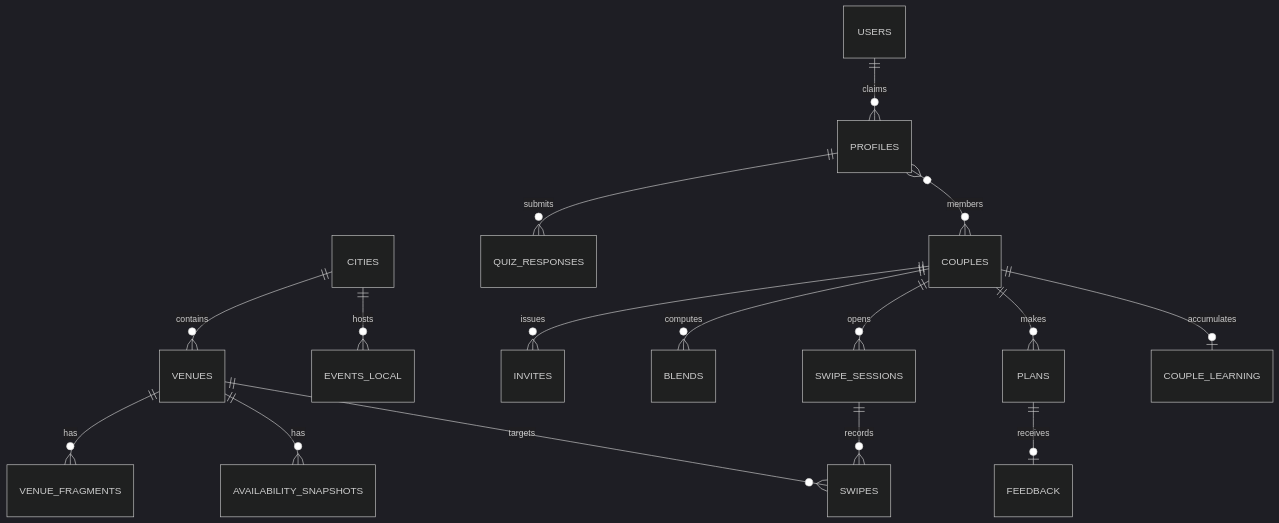
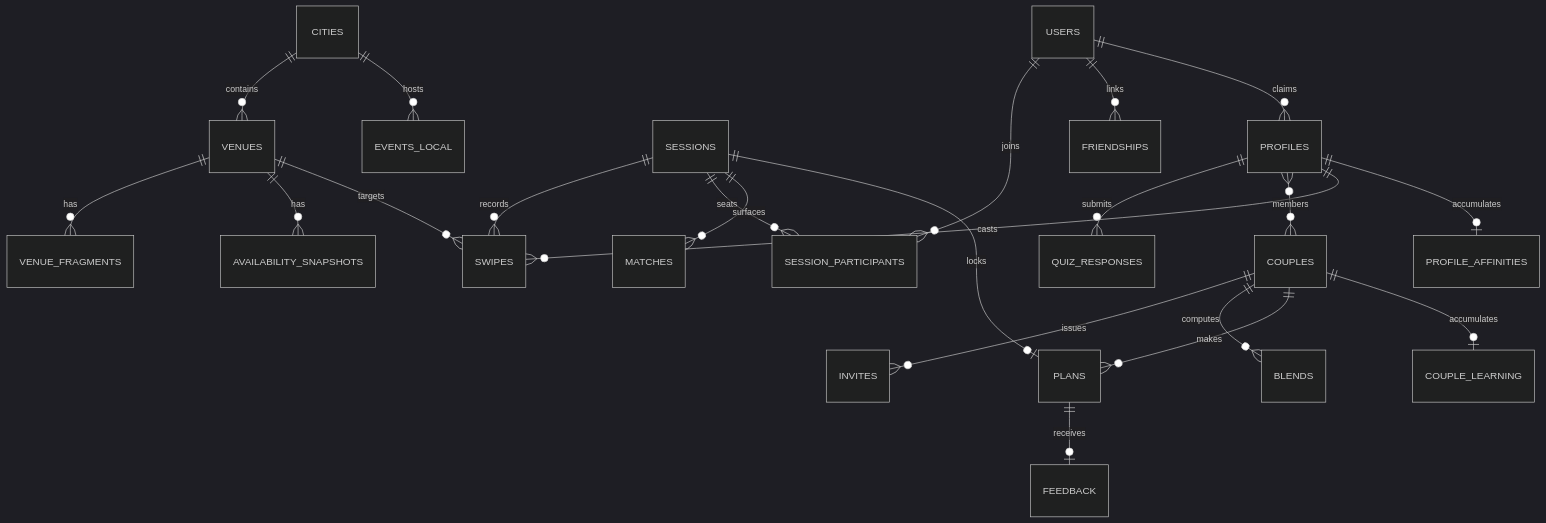
The second of 7 diagrams in docs/technical-design.md (jsimo20/where2eat), drawn with Mermaid (dark theme) before and after one commit. The commit also changed other lines of this file and 4 other files, not shown here.

````diff
--- a/docs/technical-design.md
+++ b/docs/technical-design.md
@@ -141,18 +150,24 @@
 ```mermaid
 erDiagram
     CITIES ||--o{ VENUES : contains
     VENUES ||--o{ VENUE_FRAGMENTS : has
     VENUES ||--o{ AVAILABILITY_SNAPSHOTS : has
     PROFILES ||--o{ QUIZ_RESPONSES : submits
     COUPLES ||--o{ INVITES : issues
     PROFILES }o--o{ COUPLES : members
     COUPLES ||--o{ BLENDS : computes
-    COUPLES ||--o{ SWIPE_SESSIONS : opens
-    SWIPE_SESSIONS ||--o{ SWIPES : records
+    SESSIONS ||--o{ SWIPES : records
+    PROFILES ||--o{ SWIPES : casts
     VENUES ||--o{ SWIPES : targets
+    SESSIONS ||--o{ SESSION_PARTICIPANTS : seats
+    USERS ||--o{ SESSION_PARTICIPANTS : joins
+    SESSIONS ||--o{ MATCHES : surfaces
+    USERS ||--o{ FRIENDSHIPS : links
     COUPLES ||--o{ PLANS : makes
+    SESSIONS ||--o| PLANS : locks
     PLANS ||--o| FEEDBACK : receives
+    PROFILES ||--o| PROFILE_AFFINITIES : accumulates
     COUPLES ||--o| COUPLE_LEARNING : accumulates
     CITIES ||--o{ EVENTS_LOCAL : hosts
     USERS ||--o{ PROFILES : claims
 ```
````
